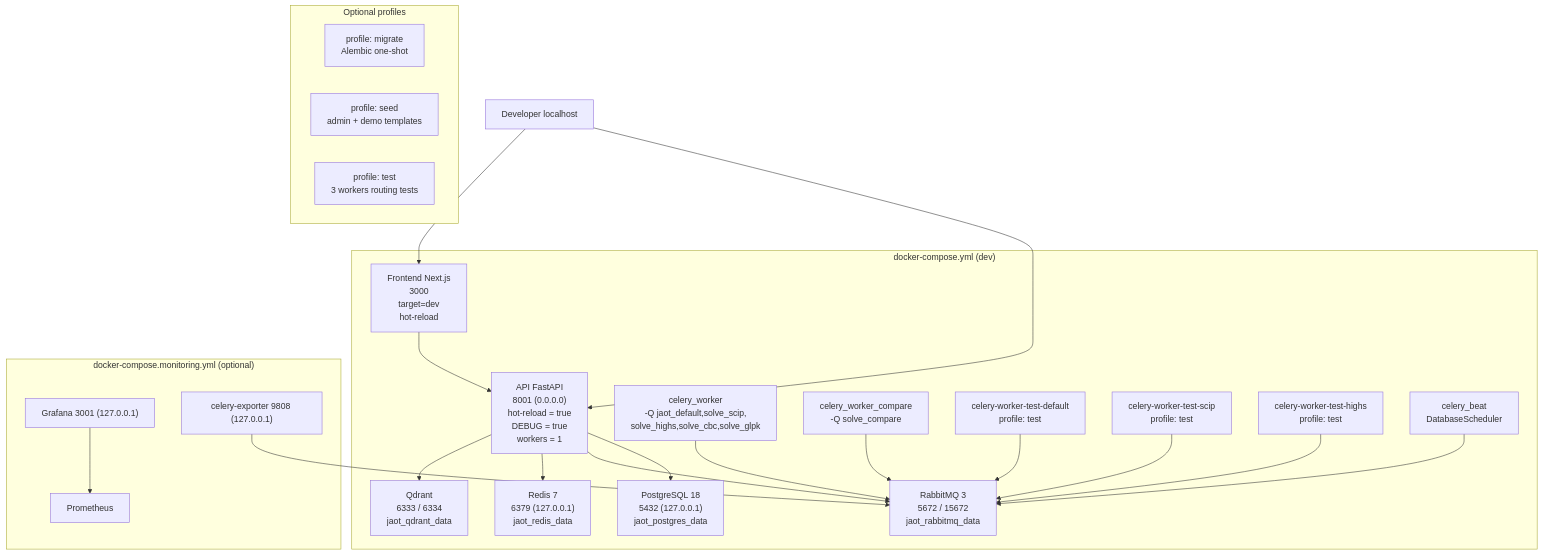
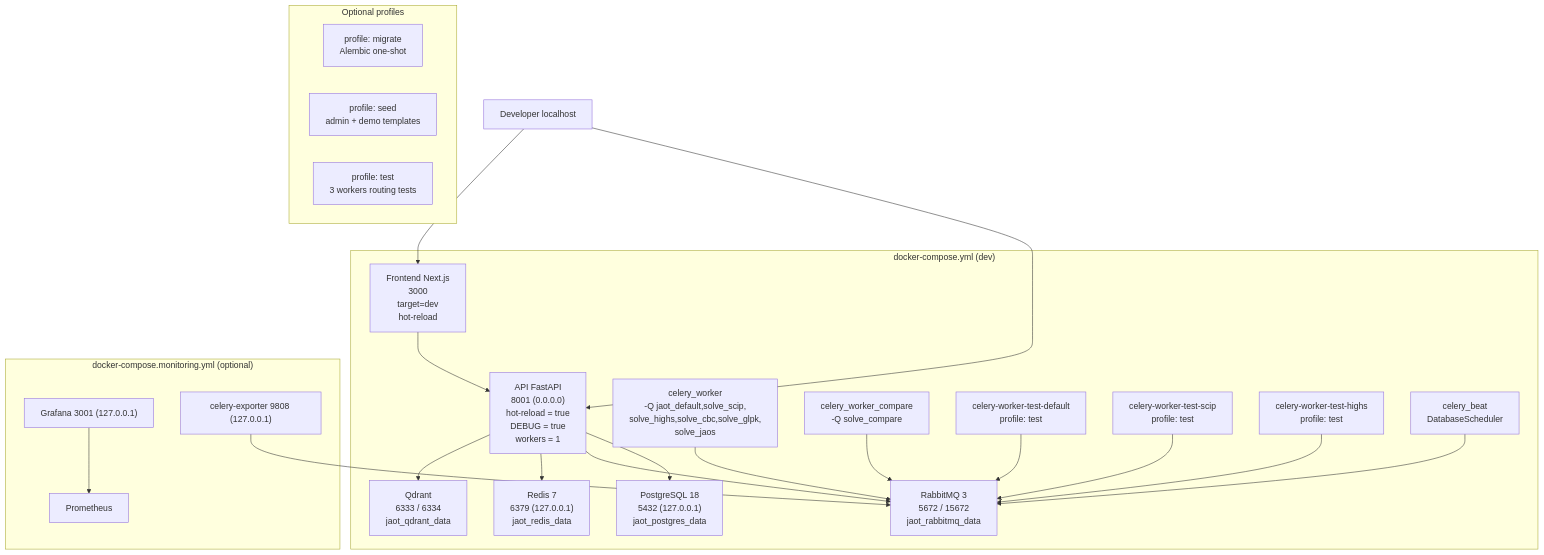
One commit to avallavall/jaot changed the diagram in docs/ARCHITECTURE/05-infrastructure/02-docker-topology-dev.md. Above: the diagram before and after it, drawn with Mermaid. The commit also changed 57 other files, not shown here.

````diff
--- a/docs/ARCHITECTURE/05-infrastructure/02-docker-topology-dev.md
+++ b/docs/ARCHITECTURE/05-infrastructure/02-docker-topology-dev.md
@@ -7,54 +7,54 @@
 ```mermaid
 graph TB
     Dev["Developer localhost"]
 
     subgraph DevStack["docker-compose.yml (dev)"]
         DevAPI["API FastAPI<br/>8001 (0.0.0.0)<br/>hot-reload = true<br/>DEBUG = true<br/>workers = 1"]
 
-        DevCelery["celery_worker<br/>-Q jaot_default,solve_scip,<br/>solve_highs,solve_cbc,solve_glpk"]
+        DevCelery["celery_worker<br/>-Q jaot_default,solve_scip,<br/>solve_highs,solve_cbc,solve_glpk,<br/>solve_jaos"]
         DevCeleryCompare["celery_worker_compare<br/>-Q solve_compare"]
         DevCeleryDefault["celery-worker-test-default<br/>profile: test"]
         DevCeleryScip["celery-worker-test-scip<br/>profile: test"]
         DevCeleryHighs["celery-worker-test-highs<br/>profile: test"]
         DevBeat["celery_beat<br/>DatabaseScheduler"]
 
         DevFrontend["Frontend Next.js<br/>3000<br/>target=dev<br/>hot-reload"]
 
         DevPG["PostgreSQL 18<br/>5432 (127.0.0.1)<br/>jaot_postgres_data"]
         DevRedis["Redis 7<br/>6379 (127.0.0.1)<br/>jaot_redis_data"]
         DevRabbit["RabbitMQ 3<br/>5672 / 15672<br/>jaot_rabbitmq_data"]
         DevQdrant["Qdrant<br/>6333 / 6334<br/>jaot_qdrant_data"]
     end
 
     subgraph MonitoringCompose["docker-compose.monitoring.yml (optional)"]
         DevProm["Prometheus"]
         DevGraf["Grafana 3001 (127.0.0.1)"]
         DevCeleryExp["celery-exporter 9808 (127.0.0.1)"]
     end
 
     subgraph Profiles["Optional profiles"]
         Migrate["profile: migrate<br/>Alembic one-shot"]
         Seed["profile: seed<br/>admin + demo templates"]
         Test["profile: test<br/>3 workers routing tests"]
     end
 
     Dev --> DevAPI
     Dev --> DevFrontend
 
     DevAPI --> DevPG
     DevAPI --> DevRabbit
     DevAPI --> DevRedis
     DevAPI --> DevQdrant
 
     DevCelery --> DevRabbit
     DevCeleryCompare --> DevRabbit
     DevCeleryDefault --> DevRabbit
     DevCeleryScip --> DevRabbit
     DevCeleryHighs --> DevRabbit
 
     DevBeat --> DevRabbit
     DevFrontend --> DevAPI
 
     DevCeleryExp --> DevRabbit
     DevGraf --> DevProm
 ```
````
